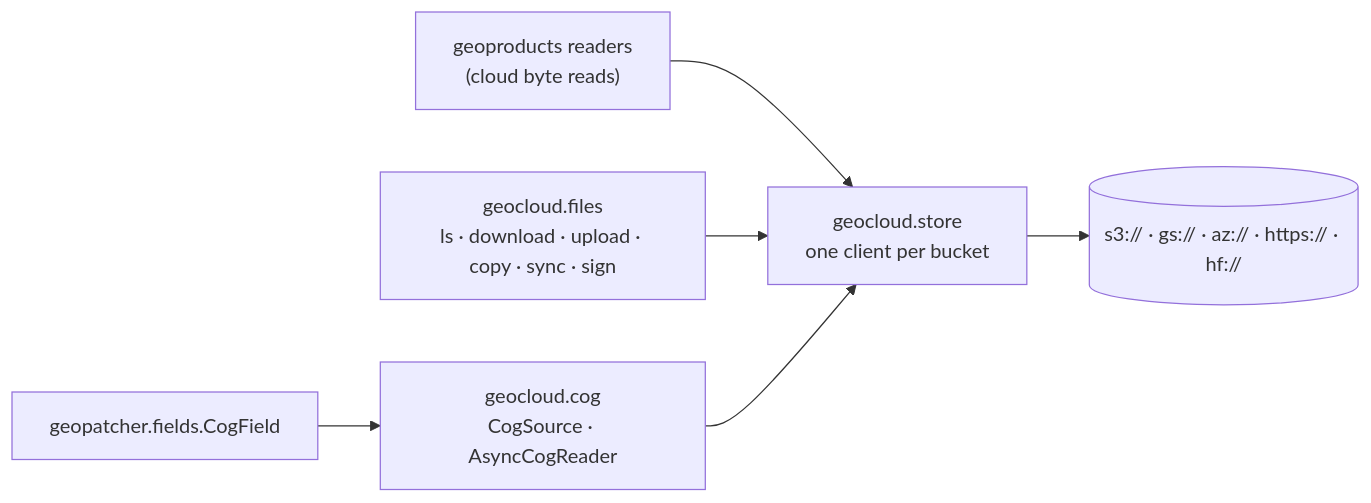
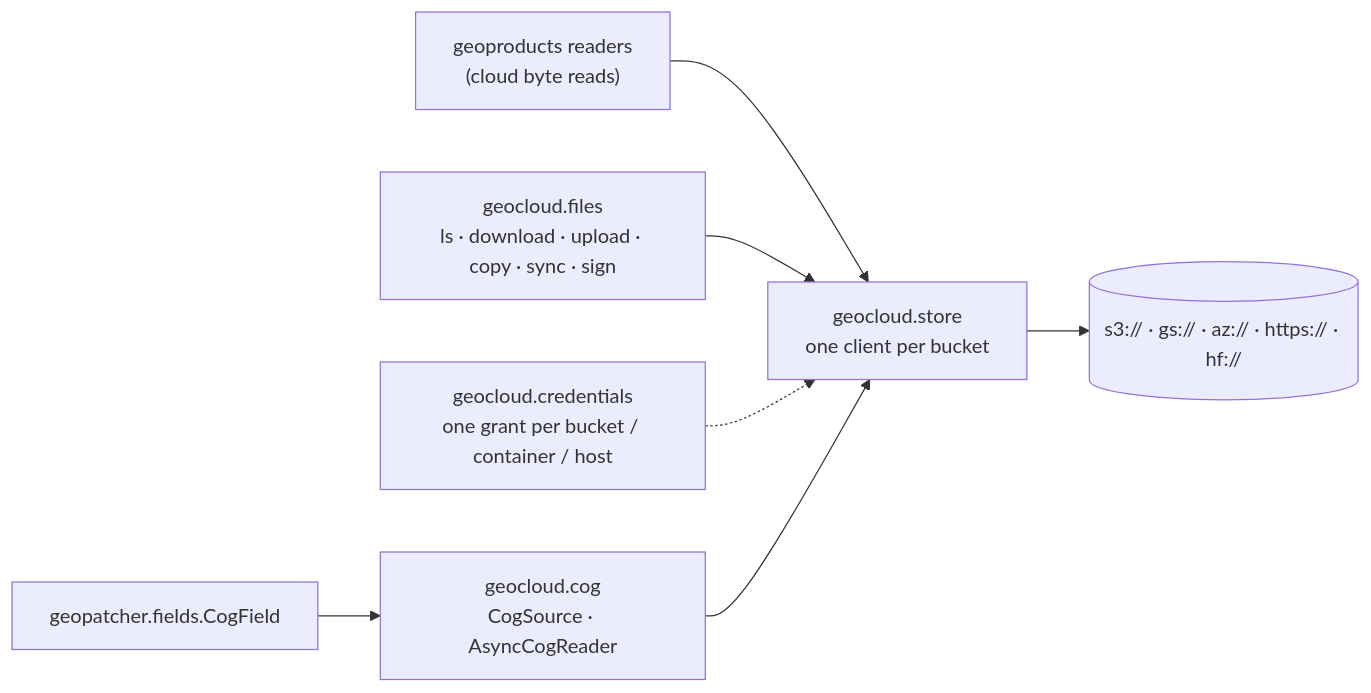
The diagram in docs/cloud/index.md (jejjohnson/geotoolz), drawn with Mermaid before and after one commit. The commit also changed other lines of this file and 15 other files, not shown here.

First line of the commit message:
feat(cloud): add geocloud.credentials — register credentials once per store root (#442)

````diff
--- a/docs/cloud/index.md
+++ b/docs/cloud/index.md
@@ -21,8 +22,9 @@
 ```mermaid
 flowchart LR
     P["geopatcher.fields.CogField"] --> C
     R["geoproducts readers<br/>(cloud byte reads)"] --> S
     F["geocloud.files<br/>ls · download · upload · copy · sync · sign"] --> S
+    K["geocloud.credentials<br/>one grant per bucket / container / host"] -.-> S
     C["geocloud.cog<br/>CogSource · AsyncCogReader"] --> S["geocloud.store<br/>one client per bucket"]
     S --> B[("s3:// · gs:// · az:// · https:// · hf://")]
 ```
````
